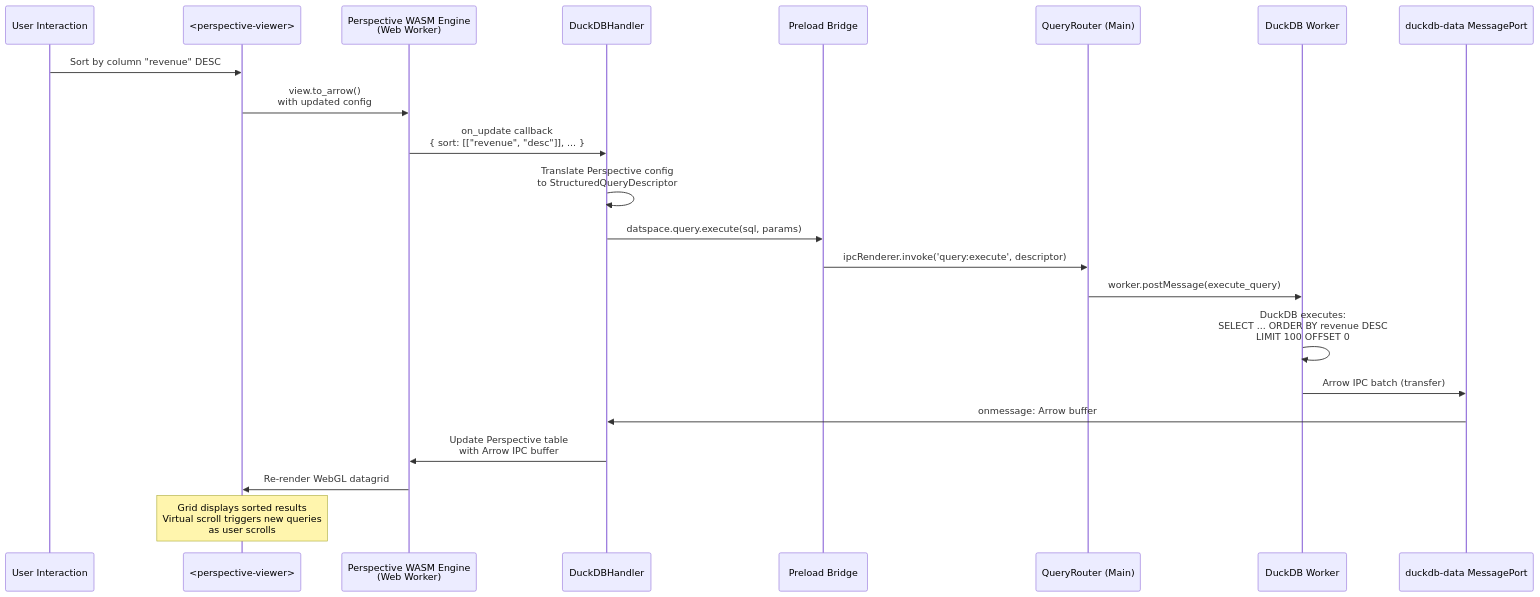
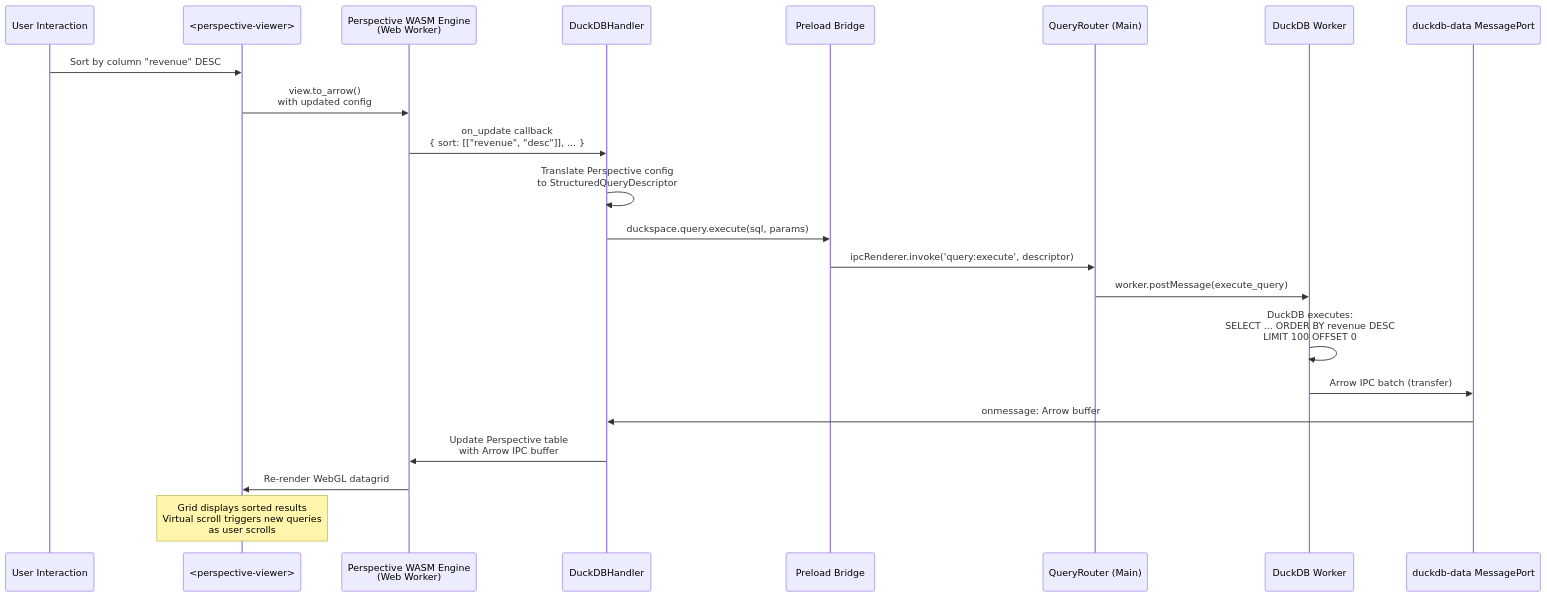
The second of 5 diagrams in context/artifacts/design/08-visualization-engine.md (discohead/duckspace), drawn with Mermaid before and after one commit. The commit also changed other lines of this file and 111 other files, not shown here.

First line of the commit message:
chore: rename project from Datspace to Duckspace

````diff
--- a/context/artifacts/design/08-visualization-engine.md
+++ b/context/artifacts/design/08-visualization-engine.md
@@ -115,31 +115,31 @@
 ```mermaid
 sequenceDiagram
     participant User as User Interaction
     participant PV as <perspective-viewer>
     participant PE as Perspective WASM Engine<br/>(Web Worker)
     participant DH as DuckDBHandler
     participant PB as Preload Bridge
     participant QR as QueryRouter (Main)
     participant DW as DuckDB Worker
     participant MP as duckdb-data MessagePort
 
     User->>PV: Sort by column "revenue" DESC
 
     PV->>PE: view.to_arrow()<br/>with updated config
     PE->>DH: on_update callback<br/>{ sort: [["revenue", "desc"]], ... }
 
     DH->>DH: Translate Perspective config<br/>to StructuredQueryDescriptor
-    DH->>PB: datspace.query.execute(sql, params)
+    DH->>PB: duckspace.query.execute(sql, params)
     PB->>QR: ipcRenderer.invoke('query:execute', descriptor)
     QR->>DW: worker.postMessage(execute_query)
 
     DW->>DW: DuckDB executes:<br/>SELECT ... ORDER BY revenue DESC<br/>LIMIT 100 OFFSET 0
 
     DW->>MP: Arrow IPC batch (transfer)
     MP->>DH: onmessage: Arrow buffer
 
     DH->>PE: Update Perspective table<br/>with Arrow IPC buffer
     PE->>PV: Re-render WebGL datagrid
 
     Note over PV: Grid displays sorted results<br/>Virtual scroll triggers new queries<br/>as user scrolls
 ```
````
